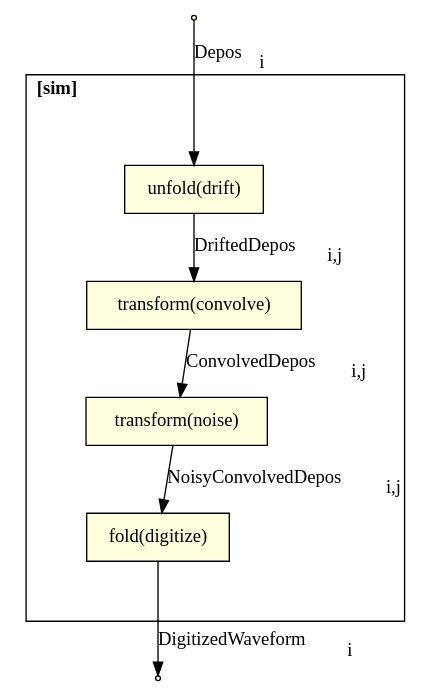
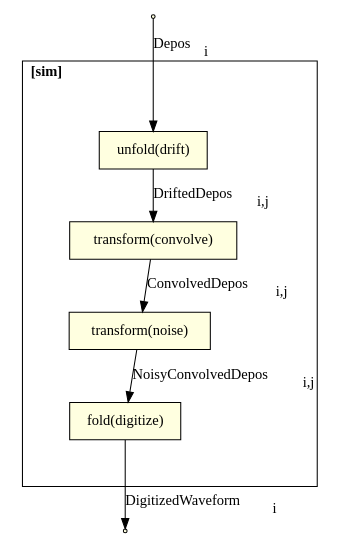
Before and after one commit to Framework-R-D/phlex-design: the diagram in workflows/wirecell-charge-waveform-sim-func.gv, drawn with Graphviz. The commit also changed 1 other file, not shown here.

```diff
--- a/workflows/wirecell-charge-waveform-sim-func.gv
+++ b/workflows/wirecell-charge-waveform-sim-func.gv
@@ -1,23 +1,24 @@
 digraph g {
+  size="8,5.5"
   node [shape=rounded, style=filled, fillcolor=lightyellow];
 
   source [label="input", shape=point, style=filled]
 
   subgraph cluster_sim {
     label=<<b>[sim]</b>>
     labeljust=left
     margin=45
     unfold [label="unfold(drift)"]
     noise [label="transform(noise)"]
     convolve [label="transform(convolve)"]
     fold[label="fold(digitize)"]
   }
   sink [label="output", shape=point, style=filled]
 
   source -> unfold [label=< Depos<sub>i</sub>>]
   unfold -> convolve [label=< DriftedDepos<sub>i,j</sub>>]
   convolve -> noise [label=< ConvolvedDepos<sub>i,j</sub>>]
   noise -> fold [label=< NoisyConvolvedDepos<sub>i,j</sub>>]
   fold -> sink [label=< DigitizedWaveform<sub>i</sub>>]
 
 }
```
